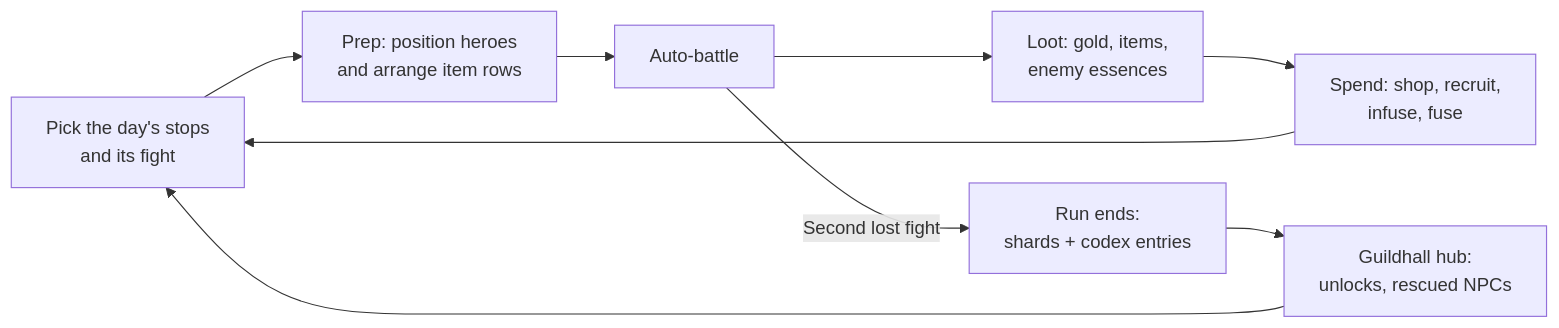
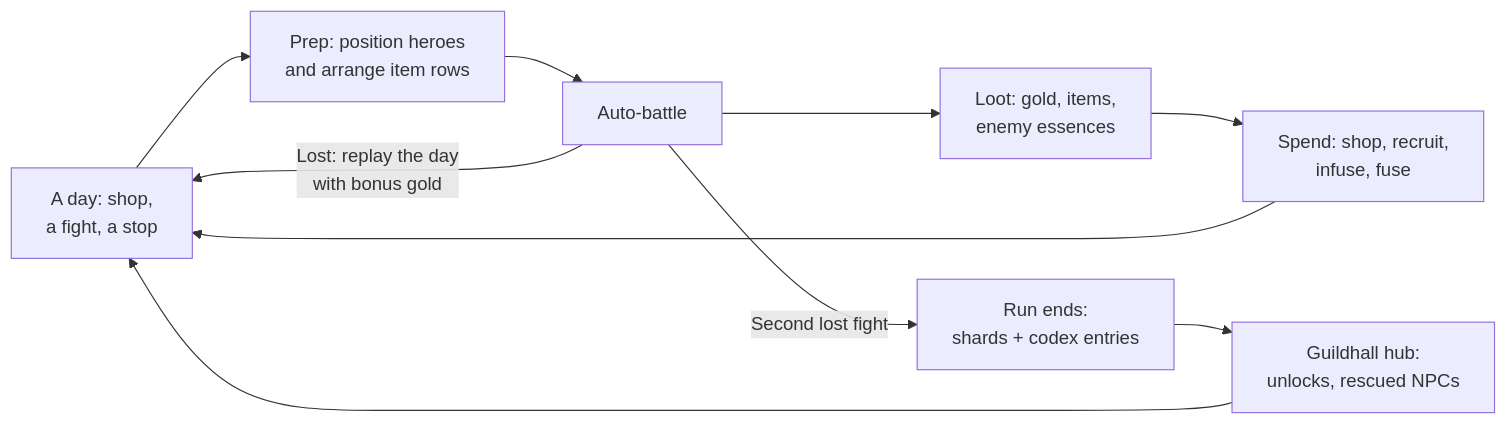
One commit to 22nmcdon/Riftrite changed the diagram in docs/design.md. Above: the diagram before and after it, drawn with Mermaid. The commit also changed other lines of this file and 2 other files, not shown here.

First line of the commit message:
Record day structure, loss replays, stash, and specialization answers; discuss relic change

````diff
--- a/docs/design.md
+++ b/docs/design.md
@@ -36,11 +36,12 @@
 ```mermaid
 flowchart LR
-  A[Pick the day's stops<br/>and its fight] --> B[Prep: position heroes<br/>and arrange item rows]
+  A[A day: shop,<br/>a fight, a stop] --> B[Prep: position heroes<br/>and arrange item rows]
   B --> C[Auto-battle]
   C --> D[Loot: gold, items,<br/>enemy essences]
   D --> E[Spend: shop, recruit,<br/>infuse, fuse]
   E --> A
+  C -->|Lost: replay the day<br/>with bonus gold| A
   C -->|Second lost fight| F[Run ends:<br/>shards + codex entries]
   F --> G[Guildhall hub:<br/>unlocks, rescued NPCs]
   G --> A
 ```
````
